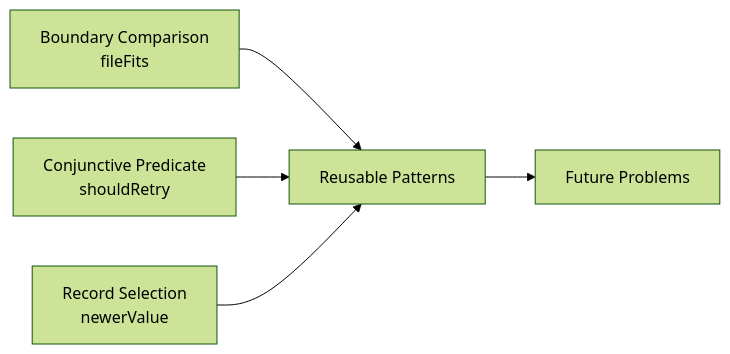
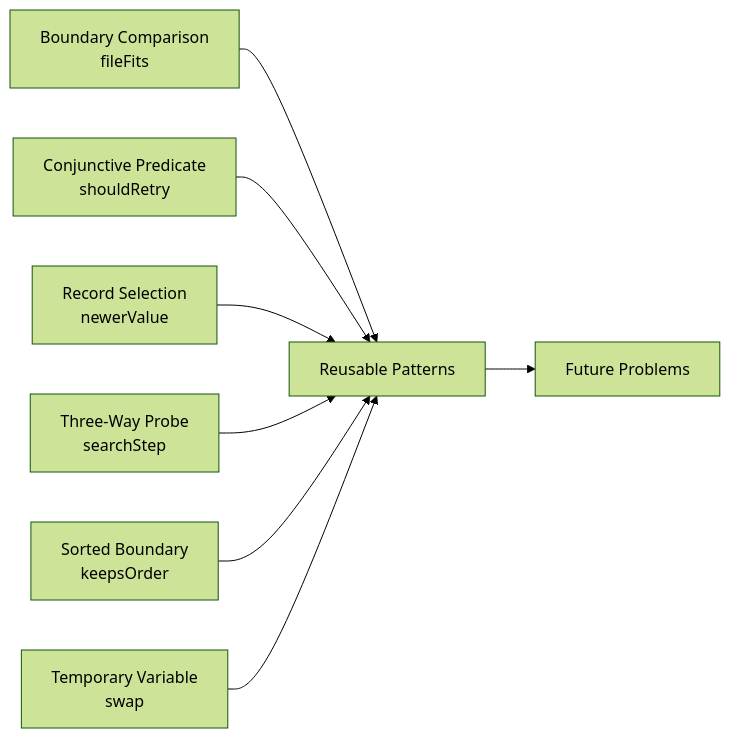
One commit to beningkumalahaqi/Algorithmic-Programming changed the fourth of 4 diagrams in .qoder/repowiki/en/content/Getting Started.md. Above: the diagram before and after it, drawn with Mermaid (forest theme). The commit also changed other lines of this file and 8 other files, not shown here.

````diff
--- a/.qoder/repowiki/en/content/Getting Started.md
+++ b/.qoder/repowiki/en/content/Getting Started.md
@@ -221,14 +272,20 @@
 ```mermaid
 graph LR
   FF["Boundary Comparison<br/>fileFits"]
   SR["Conjunctive Predicate<br/>shouldRetry"]
   NV["Record Selection<br/>newerValue"]
+  SS["Three-Way Probe<br/>searchStep"]
+  KO["Sorted Boundary<br/>keepsOrder"]
+  SW["Temporary Variable<br/>swap"]
 
   Patterns["Reusable Patterns"]
 
   FF --> Patterns
   SR --> Patterns
   NV --> Patterns
+  SS --> Patterns
+  KO --> Patterns
+  SW --> Patterns
 
   Patterns --> Future["Future Problems"]
 ```
````
